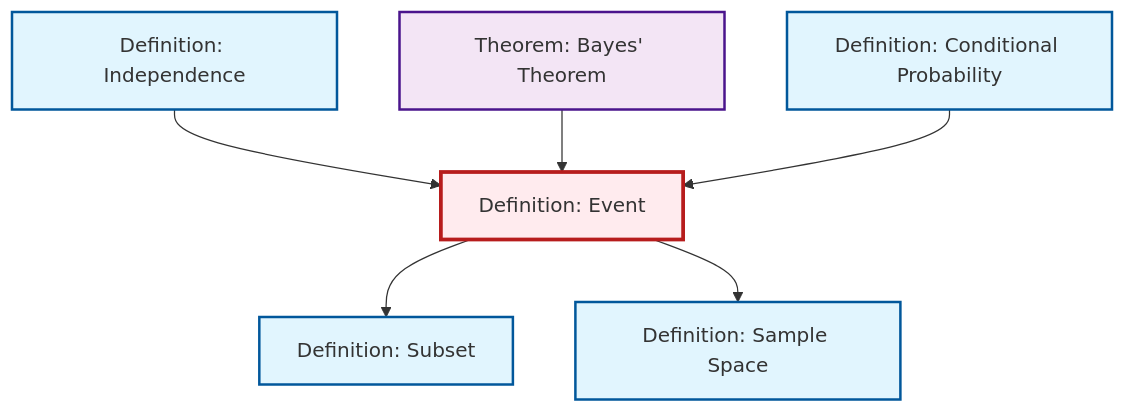
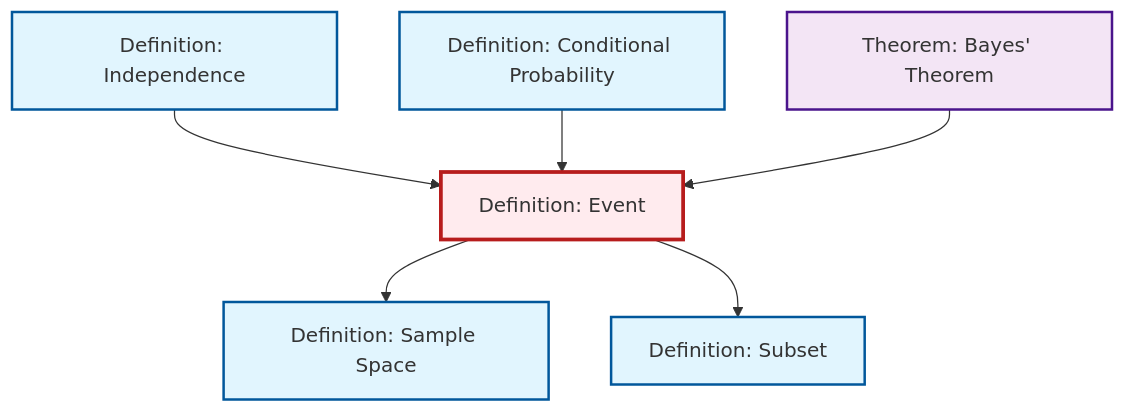
Before and after one commit to RK0429/ModernMath: the diagram in content/en/probability-statistics/def-event.qmd, drawn with Mermaid. The commit also changed other lines of this file and 581 other files, not shown here.

````diff
--- a/content/en/probability-statistics/def-event.qmd
+++ b/content/en/probability-statistics/def-event.qmd
@@ -69,26 +69,26 @@
 ```{mermaid}
 %%| fig-cap: "Local dependency graph"
 graph TD
     classDef definition fill:#e1f5fe,stroke:#01579b,stroke-width:2px
     classDef theorem fill:#f3e5f5,stroke:#4a148c,stroke-width:2px
     classDef axiom fill:#fff3e0,stroke:#e65100,stroke-width:2px
     classDef example fill:#e8f5e9,stroke:#1b5e20,stroke-width:2px
     classDef current fill:#ffebee,stroke:#b71c1c,stroke-width:3px
-    def-event["Definition: Event"]:::definition
-    thm-bayes["Theorem: Bayes' Theorem"]:::theorem
-    def-sample-space["Definition: Sample Space"]:::definition
     def-independence["Definition: Independence"]:::definition
     def-subset["Definition: Subset"]:::definition
+    thm-bayes["Theorem: Bayes' Theorem"]:::theorem
+    def-event["Definition: Event"]:::definition
     def-conditional-probability["Definition: Conditional Probability"]:::definition
+    def-sample-space["Definition: Sample Space"]:::definition
+    def-event --> def-sample-space
+    def-independence --> def-event
+    def-conditional-probability --> def-event
     def-event --> def-subset
-    def-independence --> def-event
     thm-bayes --> def-event
-    def-conditional-probability --> def-event
-    def-event --> def-sample-space
     class def-event current
-    click thm-bayes "thm-bayes.html" "Go to Bayes' Theorem theorem"
-    click def-sample-space "def-sample-space.html" "Go to Sample Space definition"
     click def-independence "def-independence.html" "Go to Independence definition"
     click def-subset "def-subset.html" "Go to Subset definition"
+    click thm-bayes "thm-bayes.html" "Go to Bayes' Theorem theorem"
     click def-conditional-probability "def-conditional-probability.html" "Go to Conditional Probability definition"
+    click def-sample-space "def-sample-space.html" "Go to Sample Space definition"
 ```
````
